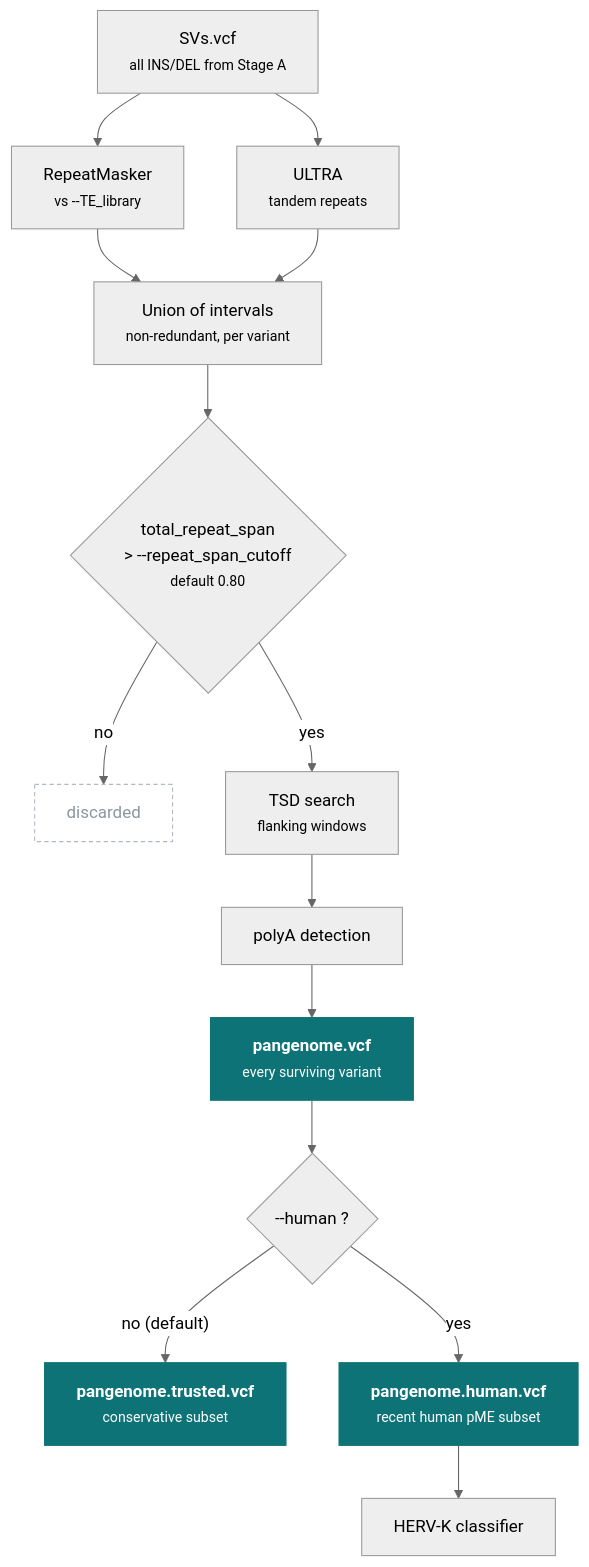
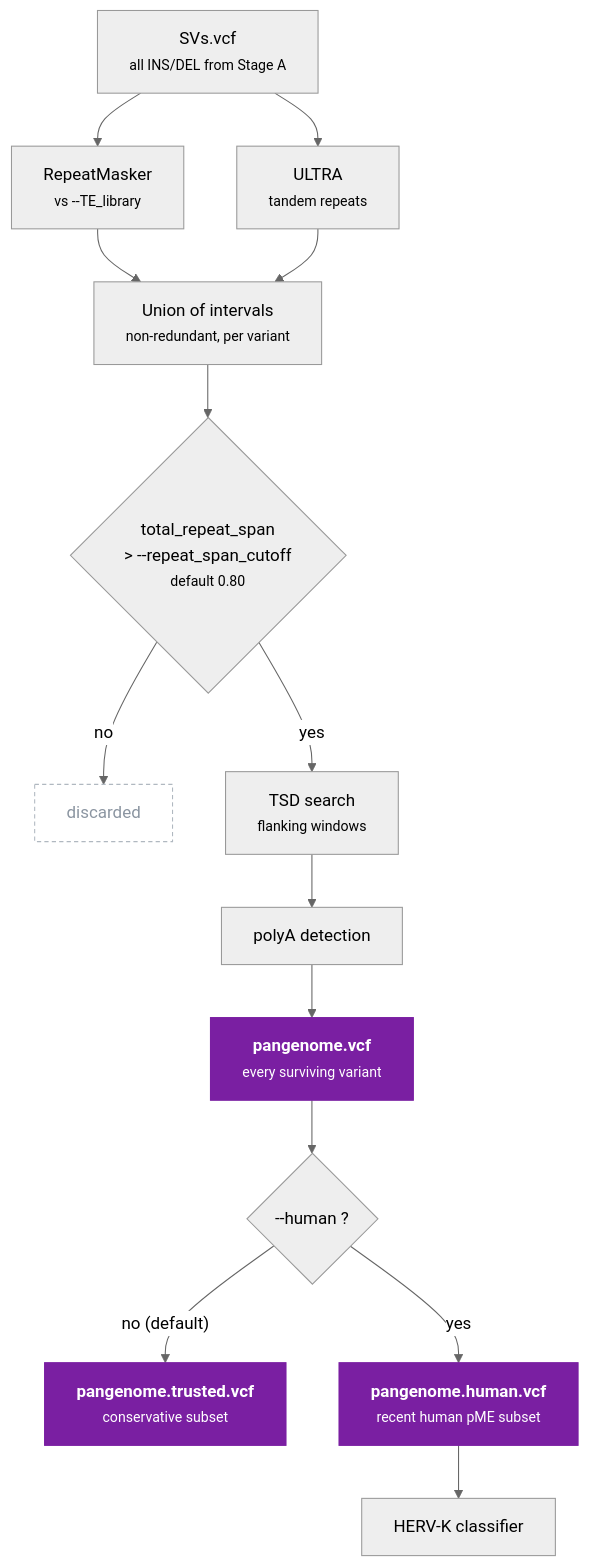
Before and after one commit to cgroza/GraffiTE: the diagram in docs/guides/annotation.md, drawn with Mermaid (neutral theme). The commit also changed 13 other files, not shown here.

````diff
--- a/docs/guides/annotation.md
+++ b/docs/guides/annotation.md
@@ -20,30 +20,30 @@
 ```mermaid
 flowchart TD
     IN["SVs.vcf<br/><small>all INS/DEL from Stage A</small>"]
     RM["RepeatMasker<br/><small>vs --TE_library</small>"]
     UL["ULTRA<br/><small>tandem repeats</small>"]
     UN["Union of intervals<br/><small>non-redundant, per variant</small>"]
     F1{"total_repeat_span<br/>&gt; --repeat_span_cutoff<br/><small>default 0.80</small>"}
     DROP["discarded"]
     TSD["TSD search<br/><small>flanking windows</small>"]
     PA["polyA detection"]
     PG["<b>pangenome.vcf</b><br/><small>every surviving variant</small>"]
     T{"--human ?"}
     TR["<b>pangenome.trusted.vcf</b><br/><small>conservative subset</small>"]
     HU["<b>pangenome.human.vcf</b><br/><small>recent human pME subset</small>"]
     HK["HERV-K classifier"]
 
     IN --> RM --> UN
     IN --> UL --> UN
     UN --> F1
     F1 -->|no| DROP
     F1 -->|yes| TSD --> PA --> PG
     PG --> T
     T -->|"no (default)"| TR
     T -->|yes| HU --> HK
 
-    classDef out fill:#0d7377,stroke:#0d7377,color:#fff;
+    classDef out fill:#7a1fa2,stroke:#7a1fa2,color:#fff;
     classDef bad fill:none,stroke:#b0b8c0,color:#8b95a1,stroke-dasharray:4 3;
     class PG,TR,HU out;
     class DROP bad;
 ```
````
